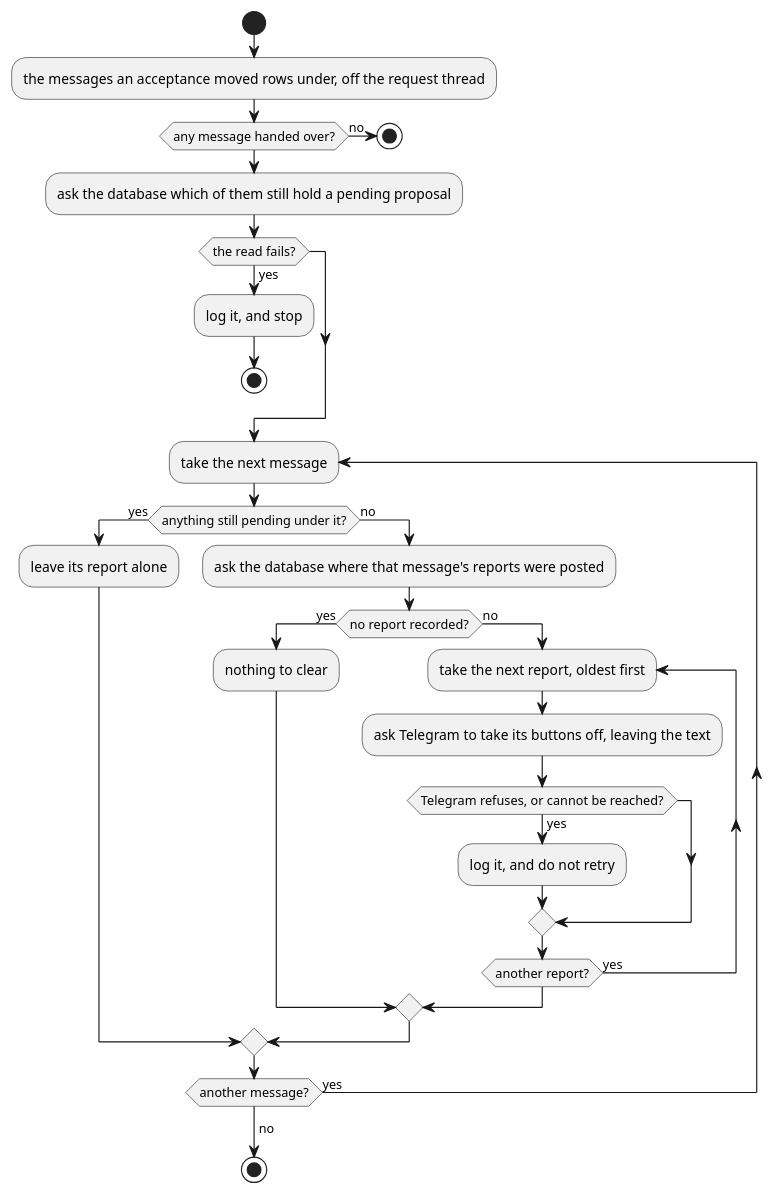
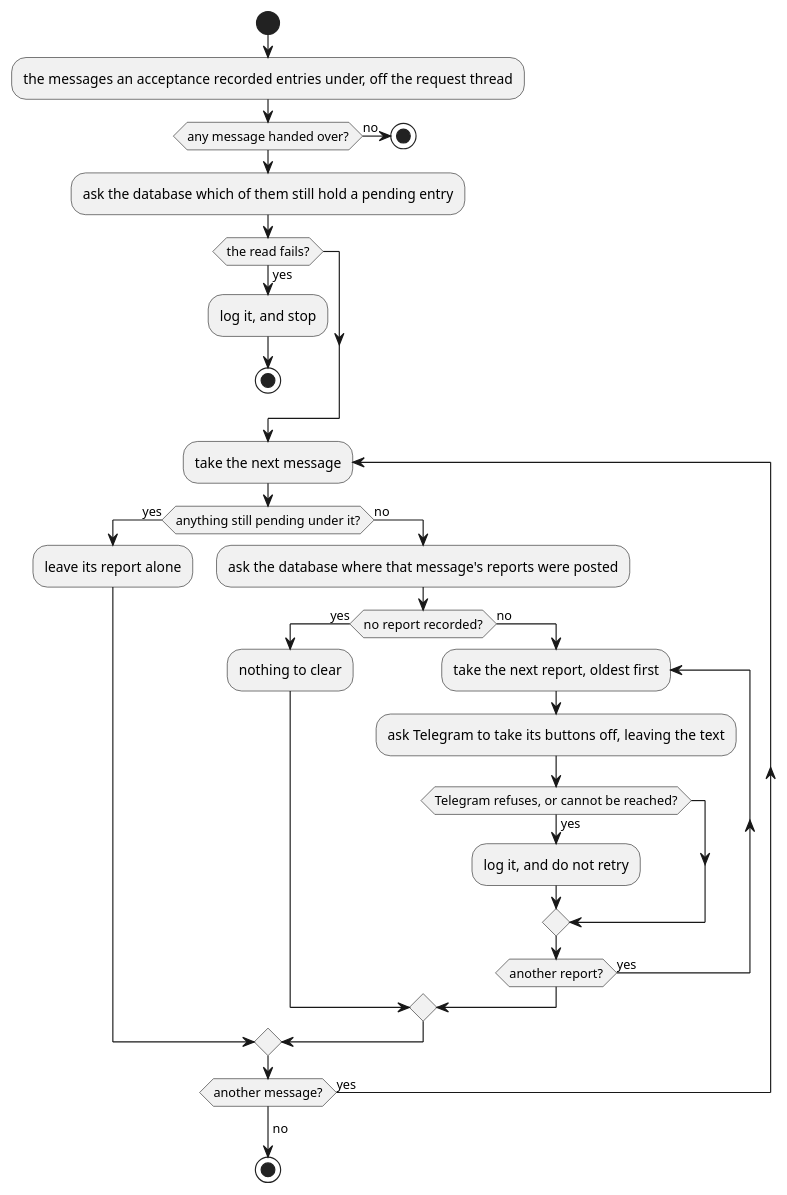
Before and after one commit to ds-usova/finance-bot: the second of 2 diagrams in ledger-service/docs/usecases/clear-emptied-reports.md, drawn with PlantUML. The commit also changed other lines of this file and 27 other files, not shown here.

````diff
--- a/ledger-service/docs/usecases/clear-emptied-reports.md
+++ b/ledger-service/docs/usecases/clear-emptied-reports.md
@@ -104,33 +97,33 @@
 ```plantuml
 @startuml ClearEmptiedReports-Activity
 start
-:the messages an acceptance moved rows under, off the request thread;
+:the messages an acceptance recorded entries under, off the request thread;
 if (any message handed over?) then (no)
   stop
 endif
-:ask the database which of them still hold a pending proposal;
+:ask the database which of them still hold a pending entry;
 if (the read fails?) then (yes)
   :log it, and stop;
   stop
 endif
 repeat :take the next message;
   if (anything still pending under it?) then (yes)
     :leave its report alone;
   else (no)
     :ask the database where that message's reports were posted;
     if (no report recorded?) then (yes)
       :nothing to clear;
     else (no)
       repeat :take the next report, oldest first;
         :ask Telegram to take its buttons off, leaving the text;
         if (Telegram refuses, or cannot be reached?) then (yes)
           :log it, and do not retry;
         endif
       repeat while (another report?) is (yes)
     endif
   endif
 repeat while (another message?) is (yes)
 ->no;
 stop
 @enduml
 ```
````
